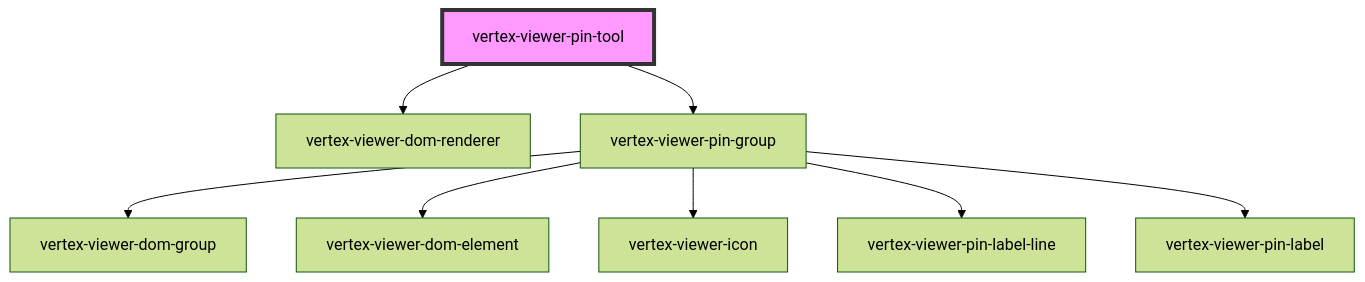
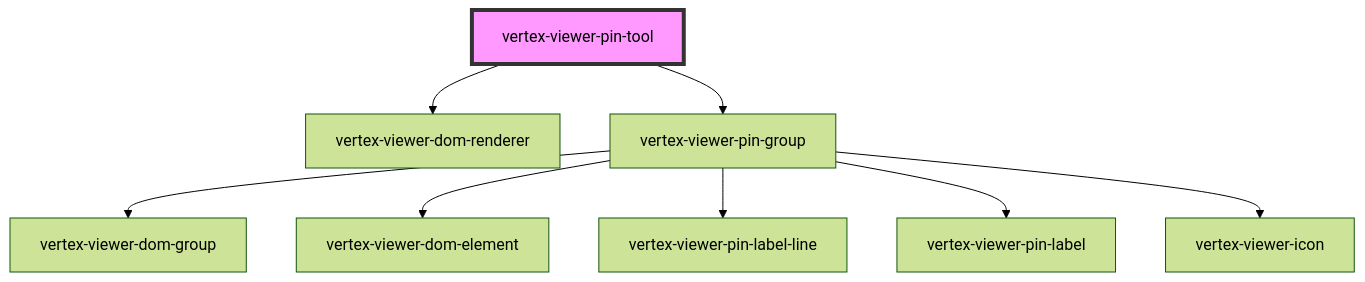
Before and after one commit to Vertexvis/vertex-web-sdk: the diagram in packages/viewer/src/components/viewer-pin-tool/readme.md, drawn with Mermaid (forest theme). The commit also changed other lines of this file and 36 other files, not shown here.

````diff
--- a/packages/viewer/src/components/viewer-pin-tool/readme.md
+++ b/packages/viewer/src/components/viewer-pin-tool/readme.md
@@ -35,11 +28,11 @@
 ```mermaid
 graph TD;
   vertex-viewer-pin-tool --> vertex-viewer-dom-renderer
   vertex-viewer-pin-tool --> vertex-viewer-pin-group
   vertex-viewer-pin-group --> vertex-viewer-dom-group
   vertex-viewer-pin-group --> vertex-viewer-dom-element
-  vertex-viewer-pin-group --> vertex-viewer-icon
   vertex-viewer-pin-group --> vertex-viewer-pin-label-line
   vertex-viewer-pin-group --> vertex-viewer-pin-label
+  vertex-viewer-pin-group --> vertex-viewer-icon
   style vertex-viewer-pin-tool fill:#f9f,stroke:#333,stroke-width:4px
 ```
````
